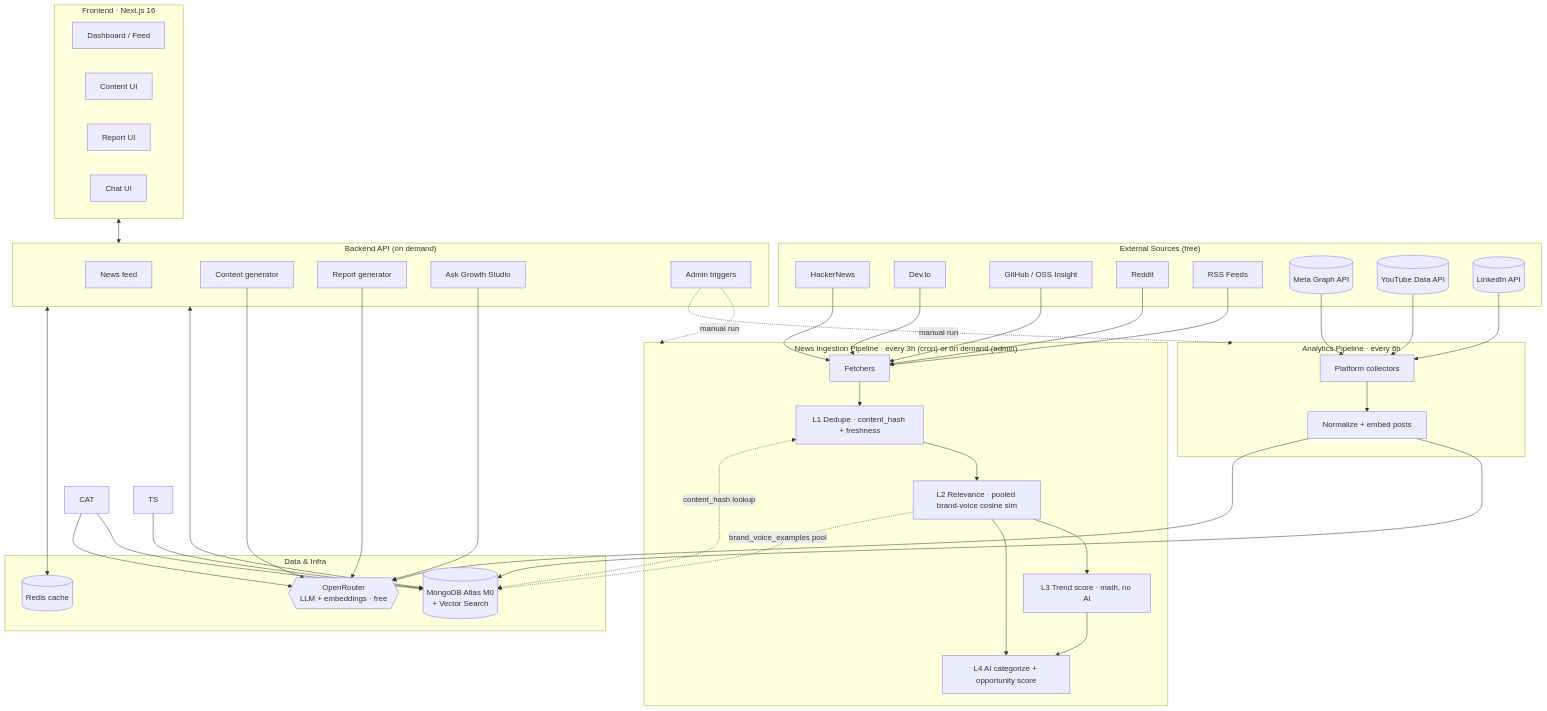
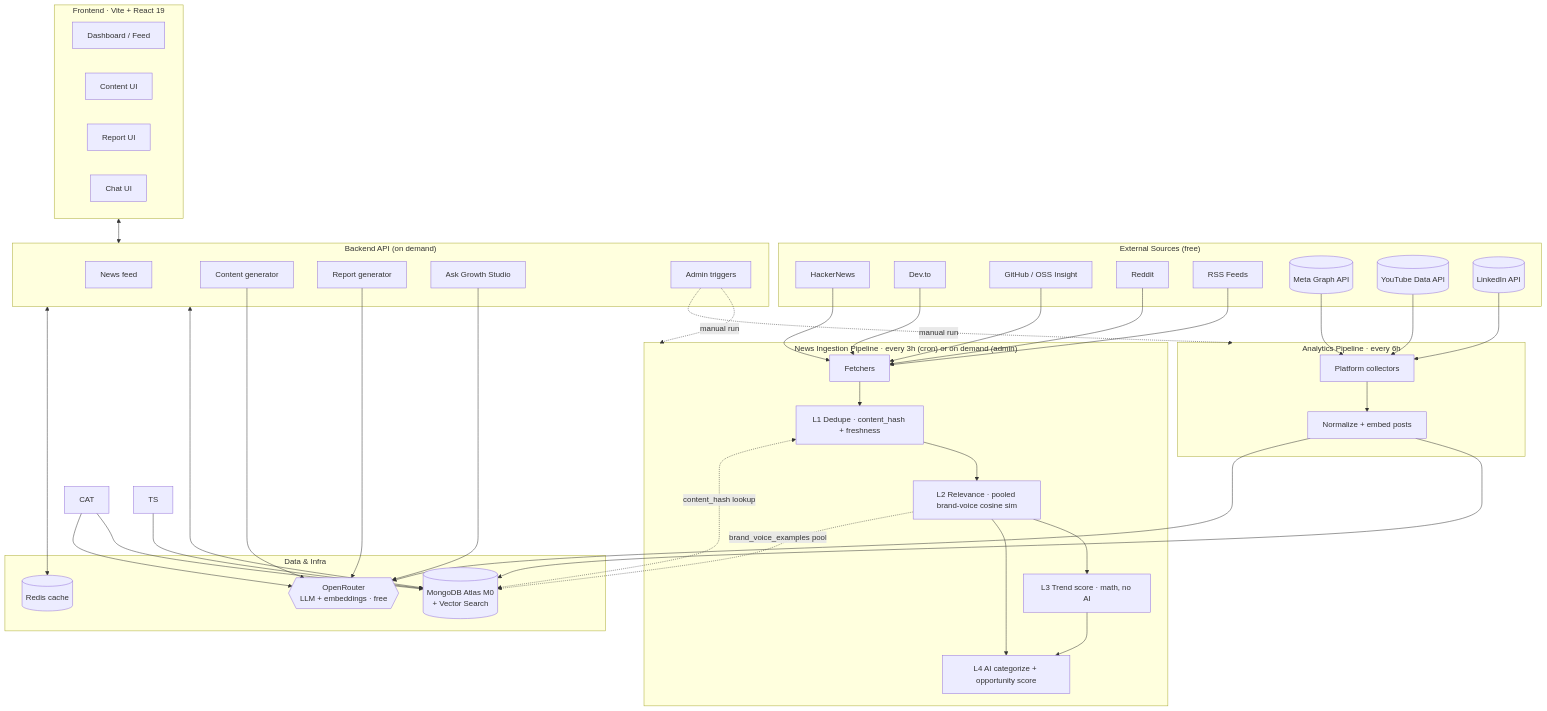
The first of 2 diagrams in README.md (Farsit-007/AI-Content-Trend-Recommendation), drawn with Mermaid before and after one commit. The commit also changed other lines of this file and 120 other files, not shown here.

First line of the commit message:
feat(frontend): replace Next.js with Vite + React 19 scaffold and update docs

````diff
--- a/README.md
+++ b/README.md
@@ -52,48 +52,48 @@
 ```mermaid
 flowchart TB
     subgraph Sources["External Sources (free)"]
         HN[HackerNews]; DEV[Dev.to]; GH[GitHub / OSS Insight]
         RD[Reddit]; RSS[RSS Feeds]
         FB[(Meta Graph API)]; YT[(YouTube Data API)]; LI[(LinkedIn API)]
     end
 
     subgraph Ingest["News Ingestion Pipeline · every 3h (cron) or on demand (admin)"]
         FETCH[Fetchers] --> F1[L1 Dedupe · content_hash + freshness]
         F1 --> F2[L2 Relevance · pooled brand-voice cosine sim]
         F2 --> F3[L3 Trend score · math, no AI]
         F2 --> F4[L4 AI categorize + opportunity score]
         F3 --> F4
     end
 
     subgraph Analytics["Analytics Pipeline · every 6h"]
         ACOL[Platform collectors] --> ANORM[Normalize + embed posts]
     end
 
     subgraph Data["Data & Infra"]
         MONGO[(MongoDB Atlas M0<br/>+ Vector Search)]
         REDIS[(Redis cache)]
         OR{{OpenRouter<br/>LLM + embeddings · free}}
     end
 
     subgraph Serve["Backend API (on demand)"]
         FEED[News feed]; GEN[Content generator]
         REP[Report generator]; CHAT[Ask Growth Studio]
         ADMIN[Admin triggers]
     end
 
-    subgraph FE["Frontend · Next.js 16"]
+    subgraph FE["Frontend · Vite + React 19"]
         DASH[Dashboard / Feed]; CGEN[Content UI]
         RPT[Report UI]; ASK[Chat UI]
     end
 
     HN & DEV & GH & RD & RSS --> FETCH
     FB & YT & LI --> ACOL
     CAT --> MONGO; TS --> MONGO; ANORM --> MONGO
     F1 <-. content_hash lookup .-> MONGO
     F2 -. brand_voice_examples pool .-> MONGO
     CAT --> OR; ANORM --> OR
     Serve <--> MONGO; Serve <--> REDIS; GEN & REP & CHAT --> OR
     FE <--> Serve
     ADMIN -.manual run.-> Ingest
     ADMIN -.manual run.-> Analytics
 ```
````
